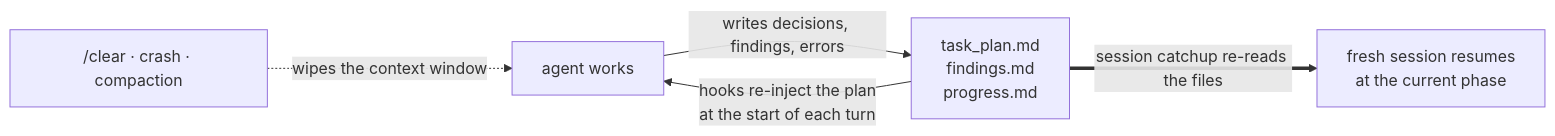
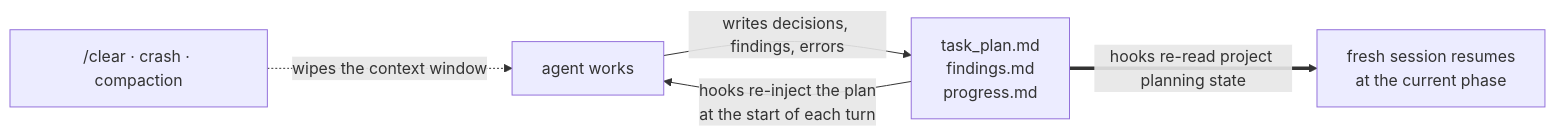
Before and after one commit to CloudEngineHub/planning-with-files: the diagram in README.md, drawn with Mermaid. The commit also changed other lines of this file and 133 other files, not shown here.

````diff
--- a/README.md
+++ b/README.md
@@ -298,7 +298,7 @@
 ```mermaid
 flowchart LR
     A["agent works"] -->|"writes decisions, findings, errors"| F["task_plan.md<br/>findings.md<br/>progress.md"]
     F -->|"hooks re-inject the plan<br/>at the start of each turn"| A
     K["/clear · crash · compaction"] -.->|"wipes the context window"| A
-    F ==>|"session catchup re-reads the files"| R["fresh session resumes<br/>at the current phase"]
+    F ==>|"hooks re-read project planning state"| R["fresh session resumes<br/>at the current phase"]
 ```
````
